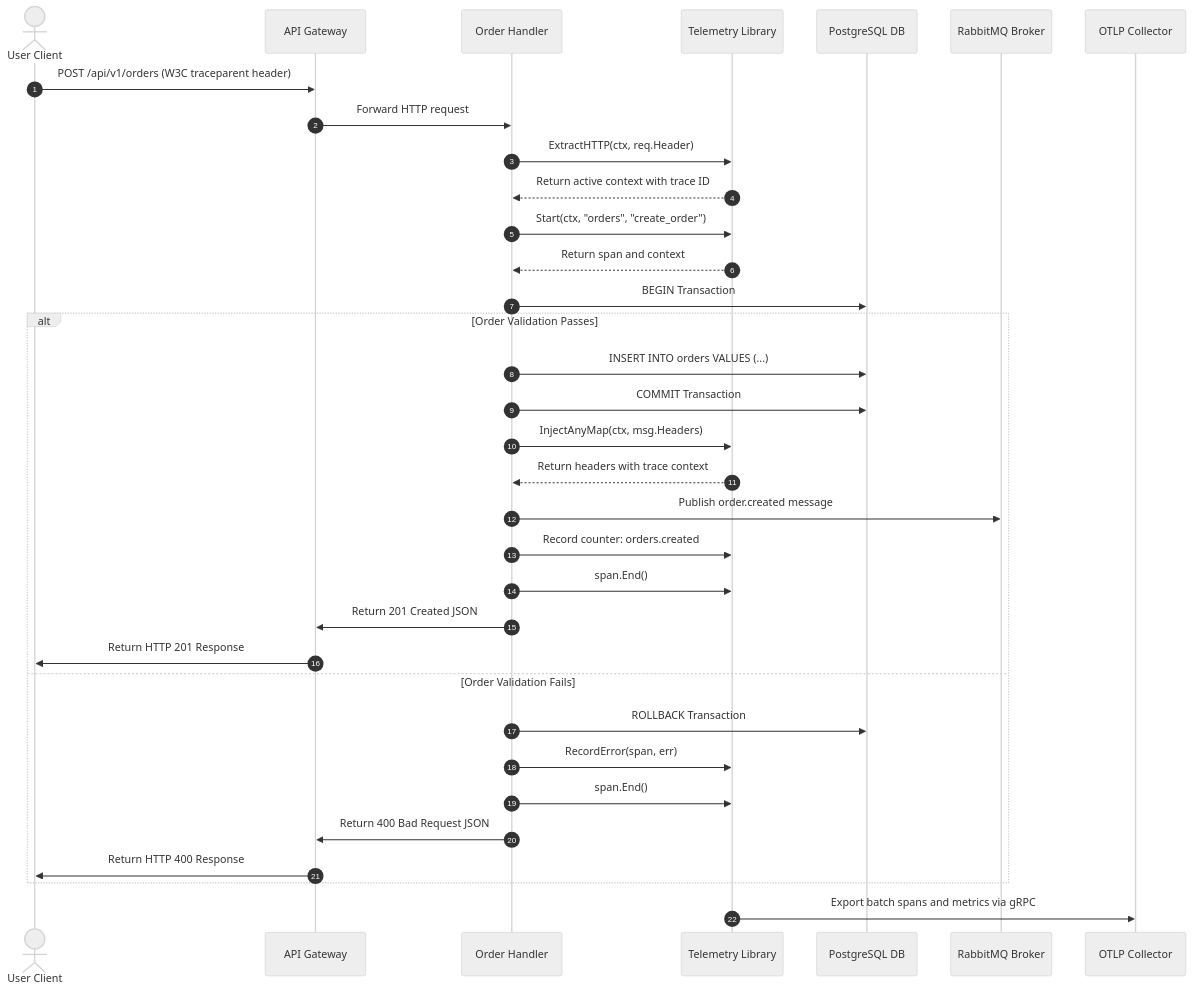
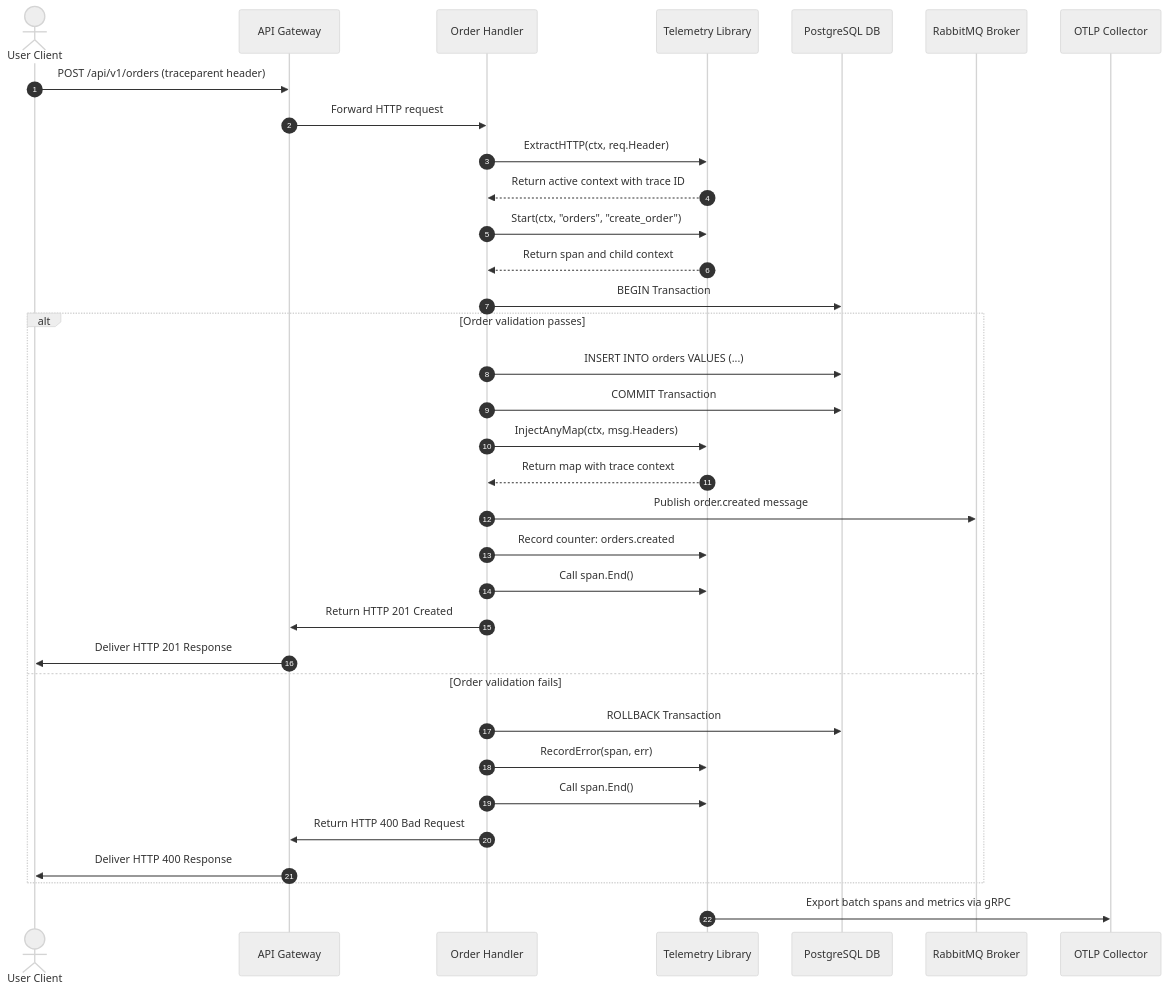
Before and after one commit to Jkenyut/nvx-go-telemetry: the second of 4 diagrams in README.md, drawn with Mermaid (neutral theme). The commit also changed other lines of this file and 14 other files, not shown here.

````diff
--- a/README.md
+++ b/README.md
@@ -68,39 +70,39 @@
 ```mermaid
 sequenceDiagram
     autonumber
     actor User as User Client
     participant Gateway as API Gateway
     participant Handler as Order Handler
     participant Telemetry as Telemetry Library
     participant DB as PostgreSQL DB
     participant Queue as RabbitMQ Broker
     participant Collector as OTLP Collector
 
-    User->>Gateway: POST /api/v1/orders (W3C traceparent header)
+    User->>Gateway: POST /api/v1/orders (traceparent header)
     Gateway->>Handler: Forward HTTP request
     Handler->>Telemetry: ExtractHTTP(ctx, req.Header)
     Telemetry-->>Handler: Return active context with trace ID
     Handler->>Telemetry: Start(ctx, "orders", "create_order")
-    Telemetry-->>Handler: Return span and context
+    Telemetry-->>Handler: Return span and child context
 
     Handler->>DB: BEGIN Transaction
-    alt Order Validation Passes
+    alt Order validation passes
         Handler->>DB: INSERT INTO orders VALUES (...)
         Handler->>DB: COMMIT Transaction
         Handler->>Telemetry: InjectAnyMap(ctx, msg.Headers)
-        Telemetry-->>Handler: Return headers with trace context
+        Telemetry-->>Handler: Return map with trace context
         Handler->>Queue: Publish order.created message
         Handler->>Telemetry: Record counter: orders.created
-        Handler->>Telemetry: span.End()
-        Handler->>Gateway: Return 201 Created JSON
-        Gateway->>User: Return HTTP 201 Response
-    else Order Validation Fails
+        Handler->>Telemetry: Call span.End()
+        Handler->>Gateway: Return HTTP 201 Created
+        Gateway->>User: Deliver HTTP 201 Response
+    else Order validation fails
         Handler->>DB: ROLLBACK Transaction
         Handler->>Telemetry: RecordError(span, err)
-        Handler->>Telemetry: span.End()
-        Handler->>Gateway: Return 400 Bad Request JSON
-        Gateway->>User: Return HTTP 400 Response
+        Handler->>Telemetry: Call span.End()
+        Handler->>Gateway: Return HTTP 400 Bad Request
+        Gateway->>User: Deliver HTTP 400 Response
     end
 
     Telemetry->>Collector: Export batch spans and metrics via gRPC
 ```
````
